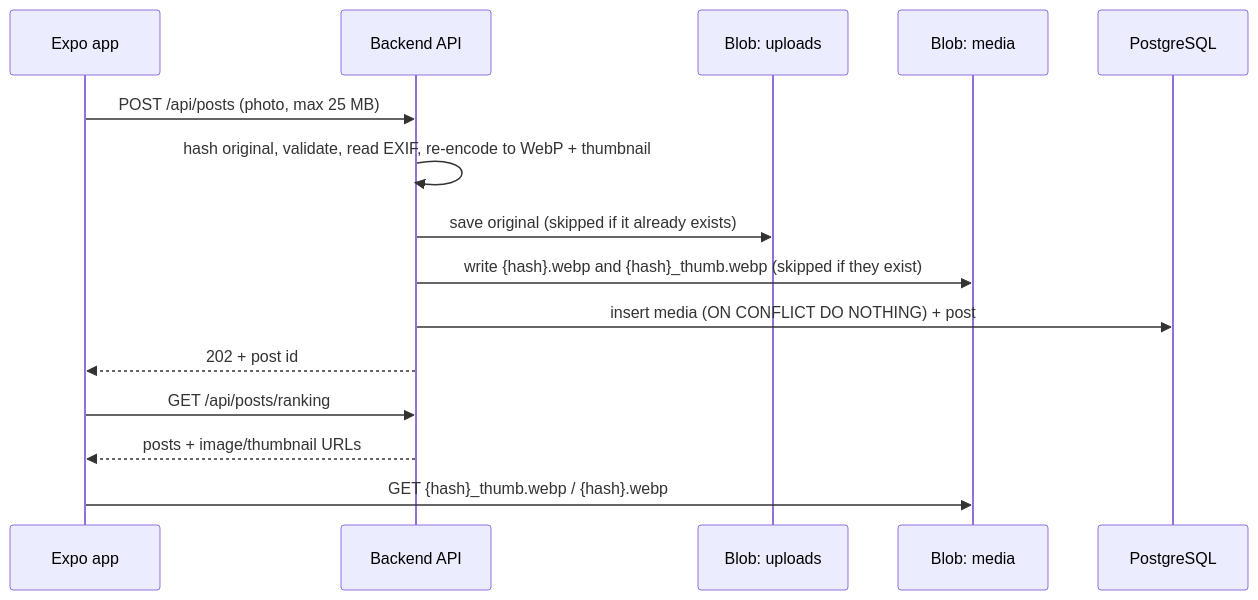
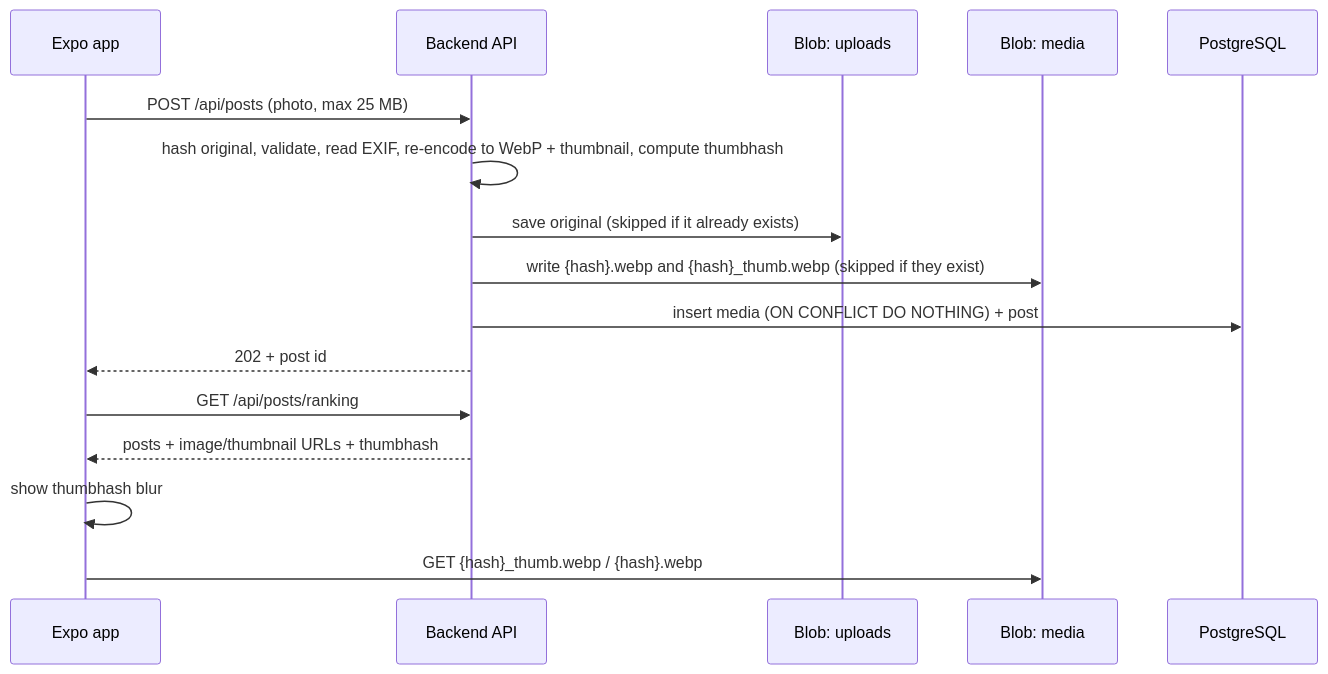
The second of 3 diagrams in ServiceDiagram.md (Aarhus-tech-project/2026q4-h5-projektstyring-og-app-programmering-group-2), drawn with Mermaid before and after one commit. The commit also changed other lines of this file and 9 other files, not shown here.

````diff
--- a/ServiceDiagram.md
+++ b/ServiceDiagram.md
@@ -76,19 +77,20 @@
 ```mermaid
 sequenceDiagram
     participant App as Expo app
     participant API as Backend API
     participant Up as Blob: uploads
     participant Media as Blob: media
     participant DB as PostgreSQL
 
     App->>API: POST /api/posts (photo, max 25 MB)
-    API->>API: hash original, validate, read EXIF, re-encode to WebP + thumbnail
+    API->>API: hash original, validate, read EXIF, re-encode to WebP + thumbnail, compute thumbhash
     API->>Up: save original (skipped if it already exists)
     API->>Media: write {hash}.webp and {hash}_thumb.webp (skipped if they exist)
     API->>DB: insert media (ON CONFLICT DO NOTHING) + post
     API-->>App: 202 + post id
 
     App->>API: GET /api/posts/ranking
-    API-->>App: posts + image/thumbnail URLs
+    API-->>App: posts + image/thumbnail URLs + thumbhash
+    App->>App: show thumbhash blur
     App->>Media: GET {hash}_thumb.webp / {hash}.webp
 ```
````
